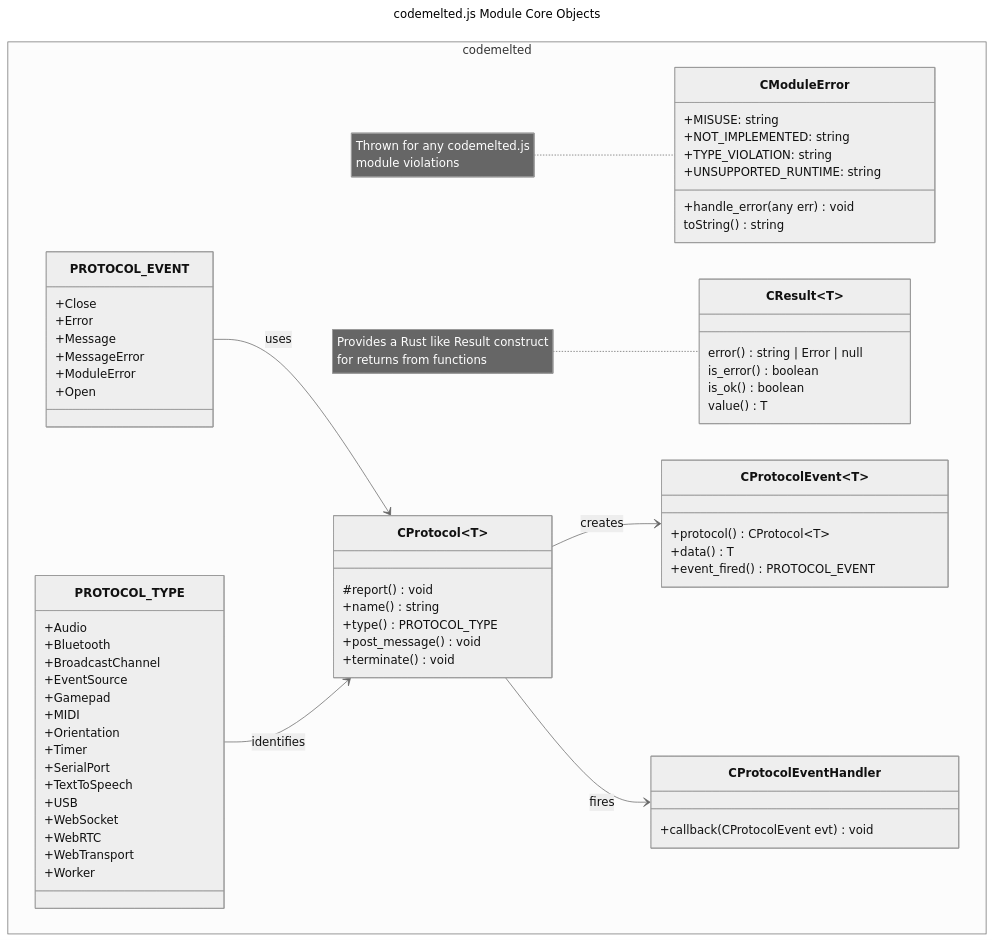
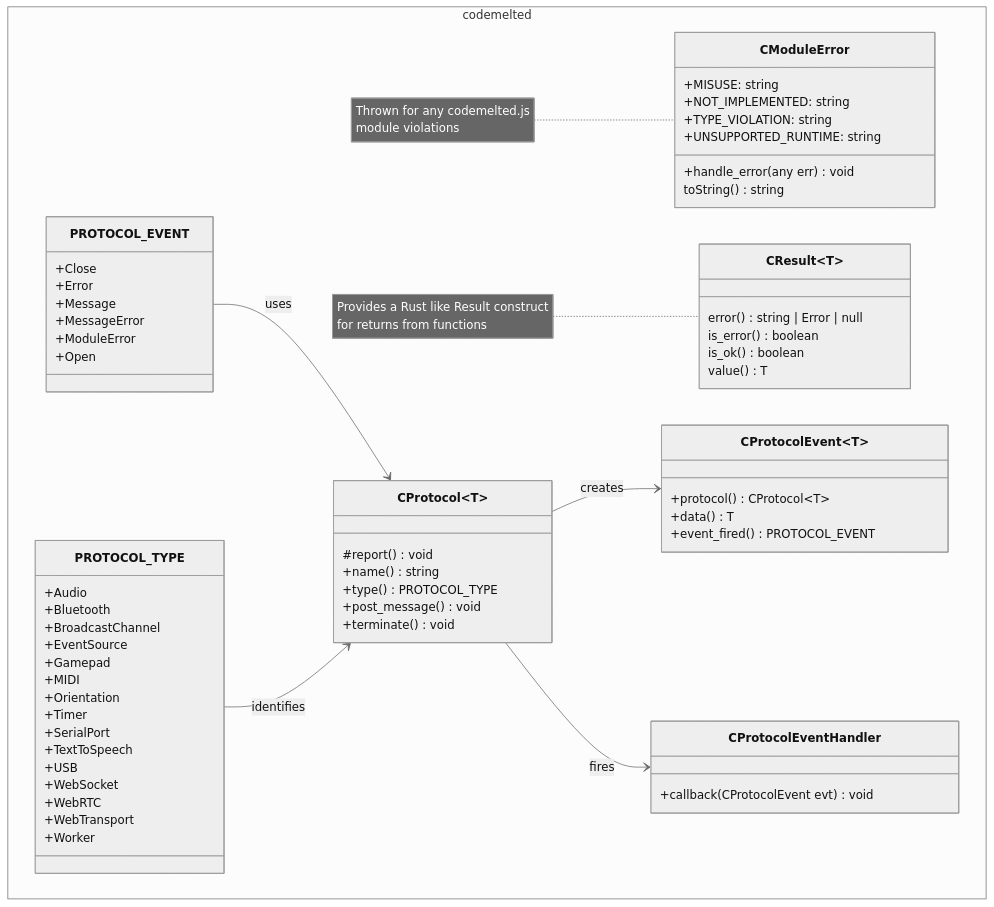
Before and after one commit to CodeMelted/codemelted.js: the diagram in models/module_core.mmd, drawn with Mermaid (neutral theme). The commit also changed 116 other files, not shown here.

```diff
--- a/models/module_core.mmd
+++ b/models/module_core.mmd
@@ -1,74 +1,71 @@
----
-title: codemelted.js Module Core Objects
----
 classDiagram
   namespace codemelted_ns["codemelted"] {
     %% Enumerations
     class PROTOCOL_EVENT {
       +Close
       +Error
       +Message
       +MessageError
       +ModuleError
       +Open
     }
 
     class PROTOCOL_TYPE {
       +Audio
       +Bluetooth
       +BroadcastChannel
       +EventSource
       +Gamepad
       +MIDI
       +Orientation
       +Timer
       +SerialPort
       +TextToSpeech
       +USB
       +WebSocket
       +WebRTC
       +WebTransport
       +Worker
     }
 
     %% Data Objects
     class CModuleError {
       +MISUSE: string
       +NOT_IMPLEMENTED: string
       +TYPE_VIOLATION: string
       +UNSUPPORTED_RUNTIME: string
       +handle_error(any err) void
       toString() string
     }
     note for CModuleError "Thrown for any codemelted.js<br>module violations"
 
     class CResult~T~ {
       error() string | Error | null
       is_error() boolean
       is_ok() boolean
       value() T
     }
     note for CResult "Provides a Rust like Result construct<br>for returns from functions"
 
     class CProtocolEvent~T~ {
       +protocol() CProtocol~T~
       +data() T
       +event_fired() PROTOCOL_EVENT
     }
 
     class CProtocolEventHandler {
       +callback(CProtocolEvent evt) void
     }
 
     class CProtocol~T~ {
       #report() void
       +name() string
       +type() PROTOCOL_TYPE
       +post_message() void
       +terminate() void
     }
   }
   CProtocol --> CProtocolEvent: creates
   CProtocol --> CProtocolEventHandler: fires
   PROTOCOL_EVENT --> CProtocol: uses
   PROTOCOL_TYPE --> CProtocol: identifies
```
